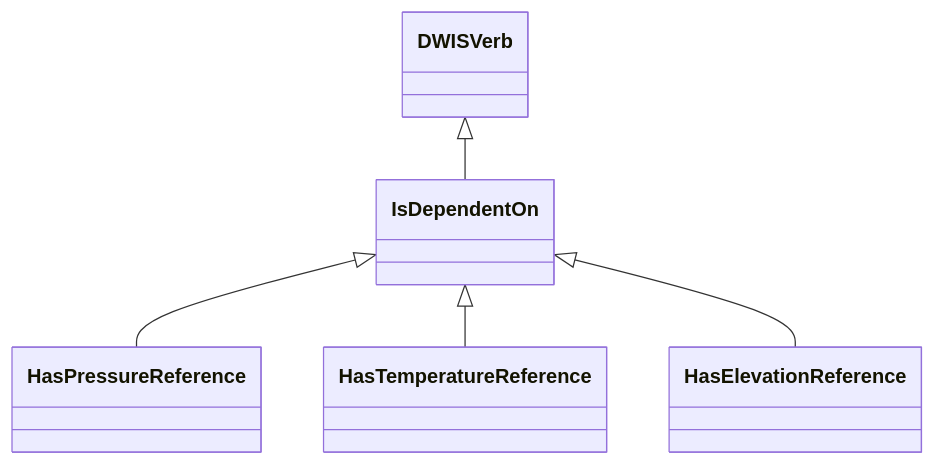
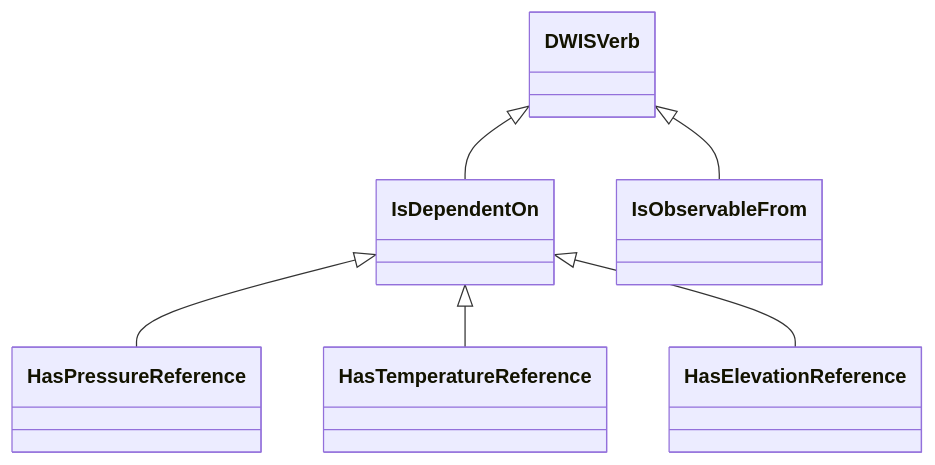
One commit to D-WIS/DDHub-Semantic-Interoperability changed the first of 7 diagrams in docs/vocabulary_development/auto-generated/md/definition-files/DataDependencies.md. Above: the diagram before and after it, drawn with Mermaid. The commit also changed other lines of this file and 44 other files, not shown here.

````diff
--- a/docs/vocabulary_development/auto-generated/md/definition-files/DataDependencies.md
+++ b/docs/vocabulary_development/auto-generated/md/definition-files/DataDependencies.md
@@ -9,7 +9,8 @@
 ```mermaid
 classDiagram
 DWISVerb <|-- IsDependentOn
+DWISVerb <|-- IsObservableFrom
 IsDependentOn <|-- HasPressureReference
 IsDependentOn <|-- HasTemperatureReference
 IsDependentOn <|-- HasElevationReference
 ```
````
